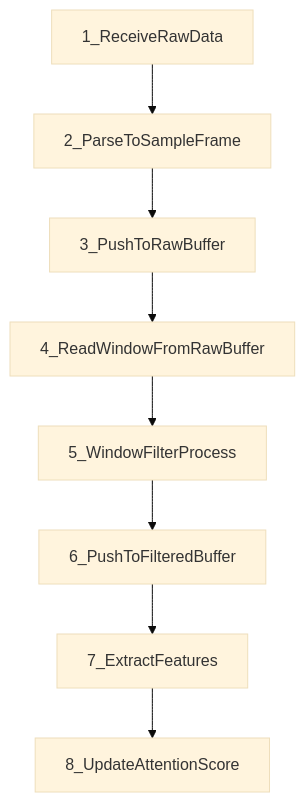
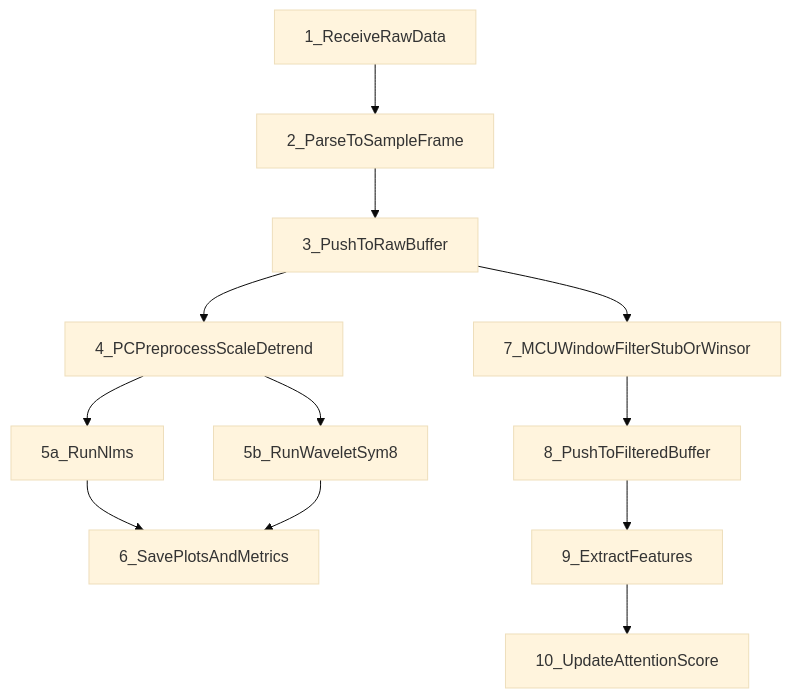
The second of 2 diagrams in README.md (RomanKiper1/Seeed-XIAO-nRF52840-Sense-EEG-ECG-processing-Attention-Focus-study), drawn with Mermaid (base theme) before and after one commit. The commit also changed other lines of this file and 41 other files, not shown here.

````diff
--- a/README.md
+++ b/README.md
@@ -87,10 +115,14 @@
 ```mermaid
 flowchart TD
     step1[1_ReceiveRawData] --> step2[2_ParseToSampleFrame]
     step2 --> step3[3_PushToRawBuffer]
-    step3 --> step4[4_ReadWindowFromRawBuffer]
-    step4 --> step5[5_WindowFilterProcess]
-    step5 --> step6[6_PushToFilteredBuffer]
-    step6 --> step7[7_ExtractFeatures]
-    step7 --> step8[8_UpdateAttentionScore]
+    step3 --> step4[4_PCPreprocessScaleDetrend]
+    step4 --> step5a[5a_RunNlms]
+    step4 --> step5b[5b_RunWaveletSym8]
+    step5a --> step6[6_SavePlotsAndMetrics]
+    step5b --> step6
+    step3 --> step7[7_MCUWindowFilterStubOrWinsor]
+    step7 --> step8[8_PushToFilteredBuffer]
+    step8 --> step9[9_ExtractFeatures]
+    step9 --> step10[10_UpdateAttentionScore]
 ```
````
